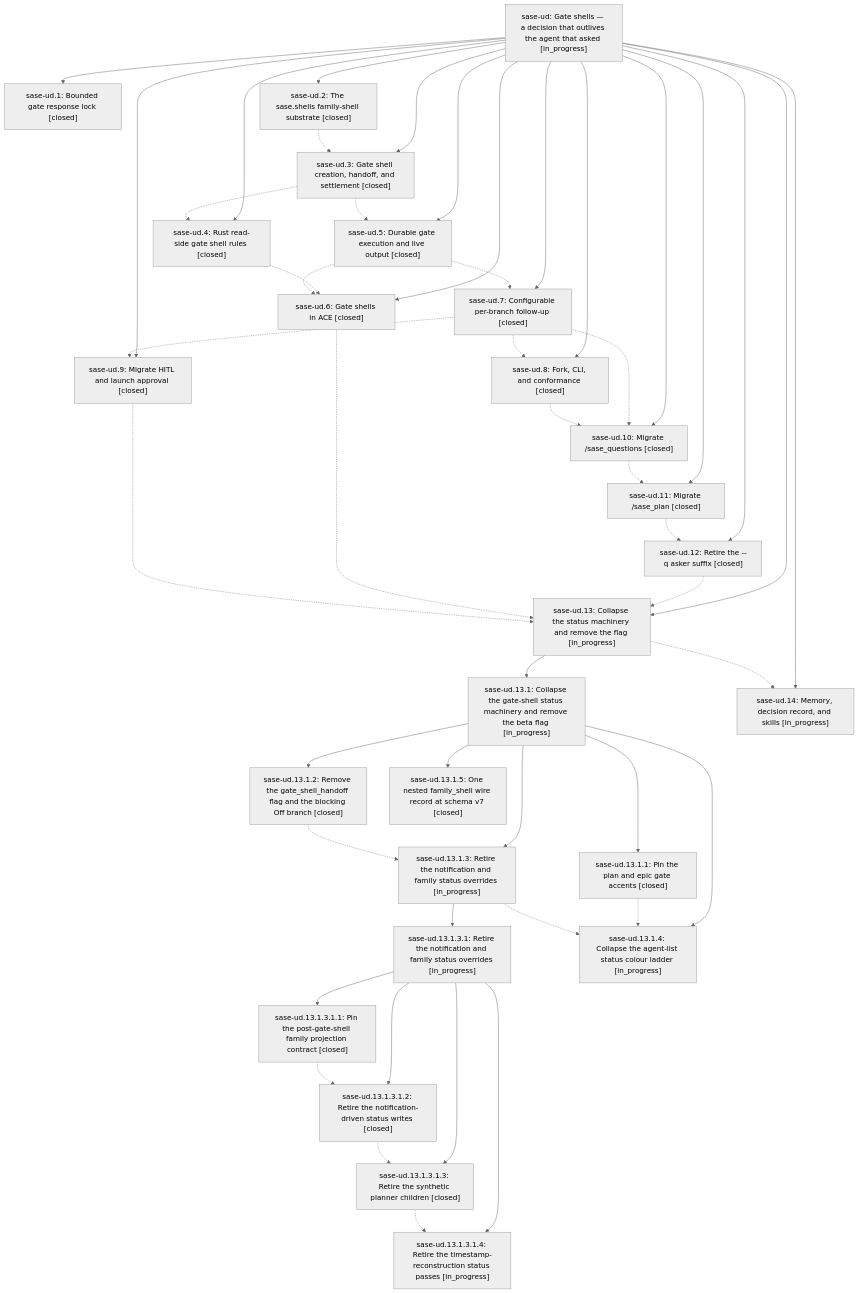
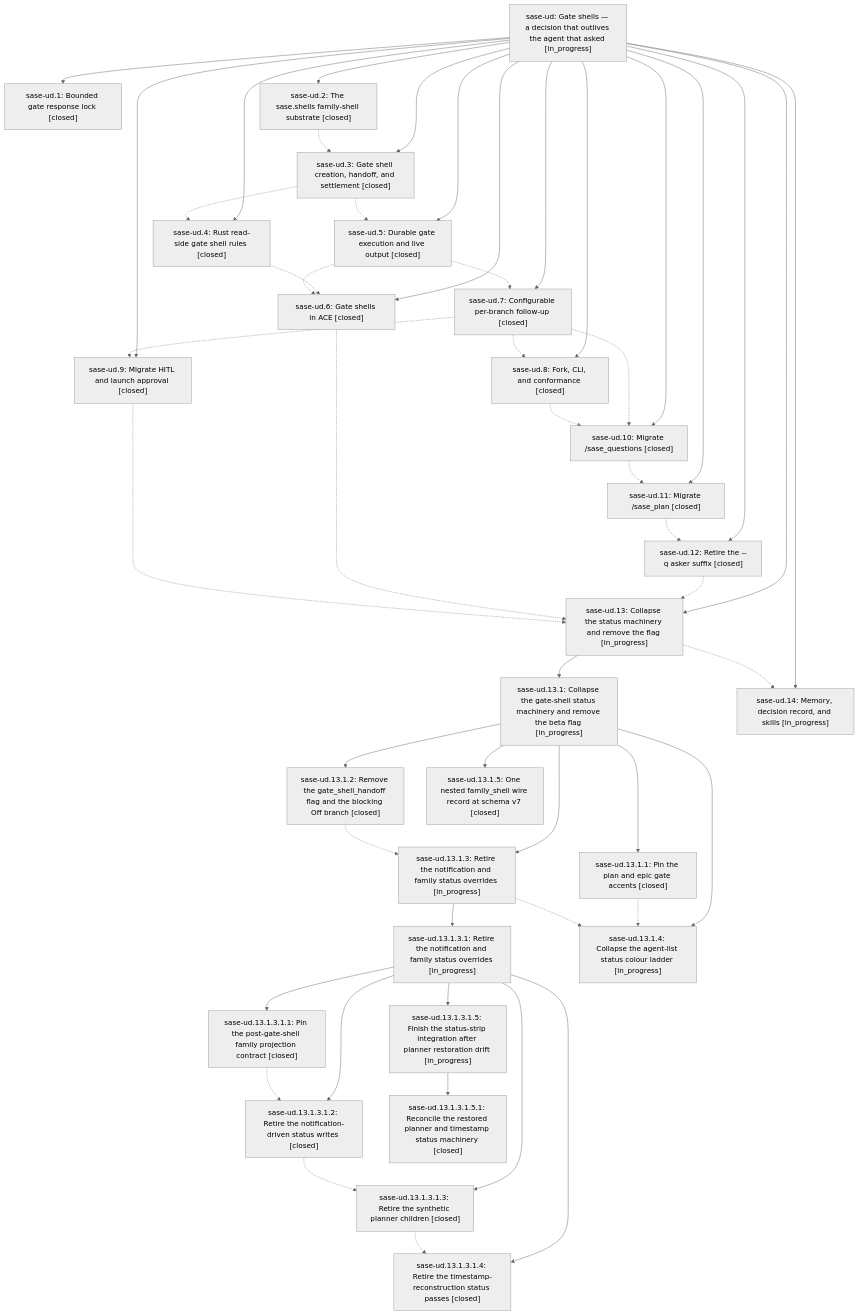
One commit to sase-org/sase--beads changed the diagram in pages/sase-ud/README.md. Above: the diagram before and after it, drawn with Mermaid (neutral theme). The commit also changed other lines of this file and 6 other files, not shown here.

````diff
--- a/pages/sase-ud/README.md
+++ b/pages/sase-ud/README.md
@@ -55,76 +57,80 @@
 ```mermaid
 flowchart TD
     n0["sase-ud: Gate shells — a decision that outlives the agent that asked [in_progress]"]
     n1["sase-ud.1: Bounded gate response lock [closed]"]
     n2["sase-ud.10: Migrate /sase_questions [closed]"]
     n3["sase-ud.11: Migrate /sase_plan [closed]"]
     n4["sase-ud.12: Retire the --q asker suffix [closed]"]
     n5["sase-ud.13: Collapse the status machinery and remove the flag [in_progress]"]
     n6["sase-ud.13.1: Collapse the gate-shell status machinery and remove the beta flag [in_progress]"]
     n7["sase-ud.13.1.1: Pin the plan and epic gate accents [closed]"]
     n8["sase-ud.13.1.2: Remove the gate_shell_handoff flag and the blocking Off branch [closed]"]
     n9["sase-ud.13.1.3: Retire the notification and family status overrides [in_progress]"]
     n10["sase-ud.13.1.3.1: Retire the notification and family status overrides [in_progress]"]
     n11["sase-ud.13.1.3.1.1: Pin the post-gate-shell family projection contract [closed]"]
     n12["sase-ud.13.1.3.1.2: Retire the notification-driven status writes [closed]"]
     n13["sase-ud.13.1.3.1.3: Retire the synthetic planner children [closed]"]
-    n14["sase-ud.13.1.3.1.4: Retire the timestamp-reconstruction status passes [in_progress]"]
-    n15["sase-ud.13.1.4: Collapse the agent-list status colour ladder [in_progress]"]
-    n16["sase-ud.13.1.5: One nested family_shell wire record at schema v7 [closed]"]
-    n17["sase-ud.14: Memory, decision record, and skills [in_progress]"]
-    n18["sase-ud.2: The sase.shells family-shell substrate [closed]"]
-    n19["sase-ud.3: Gate shell creation, handoff, and settlement [closed]"]
-    n20["sase-ud.4: Rust read-side gate shell rules [closed]"]
-    n21["sase-ud.5: Durable gate execution and live output [closed]"]
-    n22["sase-ud.6: Gate shells in ACE [closed]"]
-    n23["sase-ud.7: Configurable per-branch follow-up [closed]"]
-    n24["sase-ud.8: Fork, CLI, and conformance [closed]"]
-    n25["sase-ud.9: Migrate HITL and launch approval [closed]"]
+    n14["sase-ud.13.1.3.1.4: Retire the timestamp-reconstruction status passes [closed]"]
+    n15["sase-ud.13.1.3.1.5: Finish the status-strip integration after planner restoration drift [in_progress]"]
+    n16["sase-ud.13.1.3.1.5.1: Reconcile the restored planner and timestamp status machinery [closed]"]
+    n17["sase-ud.13.1.4: Collapse the agent-list status colour ladder [in_progress]"]
+    n18["sase-ud.13.1.5: One nested family_shell wire record at schema v7 [closed]"]
+    n19["sase-ud.14: Memory, decision record, and skills [in_progress]"]
+    n20["sase-ud.2: The sase.shells family-shell substrate [closed]"]
+    n21["sase-ud.3: Gate shell creation, handoff, and settlement [closed]"]
+    n22["sase-ud.4: Rust read-side gate shell rules [closed]"]
+    n23["sase-ud.5: Durable gate execution and live output [closed]"]
+    n24["sase-ud.6: Gate shells in ACE [closed]"]
+    n25["sase-ud.7: Configurable per-branch follow-up [closed]"]
+    n26["sase-ud.8: Fork, CLI, and conformance [closed]"]
+    n27["sase-ud.9: Migrate HITL and launch approval [closed]"]
     n0 --> n1
     n0 --> n2
     n0 --> n3
     n0 --> n4
     n0 --> n5
     n5 --> n6
     n6 --> n7
     n6 --> n8
     n6 --> n9
     n9 --> n10
     n10 --> n11
     n10 --> n12
     n10 --> n13
     n10 --> n14
-    n6 --> n15
-    n6 --> n16
-    n0 --> n17
-    n0 --> n18
+    n10 --> n15
+    n15 --> n16
+    n6 --> n17
+    n6 --> n18
     n0 --> n19
     n0 --> n20
     n0 --> n21
     n0 --> n22
     n0 --> n23
     n0 --> n24
     n0 --> n25
+    n0 --> n26
+    n0 --> n27
     n2 -.-> n3
     n3 -.-> n4
     n4 -.-> n5
-    n5 -.-> n17
-    n7 -.-> n15
+    n5 -.-> n19
+    n7 -.-> n17
     n8 -.-> n9
-    n9 -.-> n15
+    n9 -.-> n17
     n11 -.-> n12
     n12 -.-> n13
     n13 -.-> n14
-    n18 -.-> n19
-    n19 -.-> n20
-    n19 -.-> n21
-    n20 -.-> n22
+    n20 -.-> n21
     n21 -.-> n22
     n21 -.-> n23
-    n22 -.-> n5
-    n23 -.-> n2
+    n22 -.-> n24
     n23 -.-> n24
     n23 -.-> n25
-    n24 -.-> n2
-    n25 -.-> n5
+    n24 -.-> n5
+    n25 -.-> n2
+    n25 -.-> n26
+    n25 -.-> n27
+    n26 -.-> n2
+    n27 -.-> n5
 ```
````
